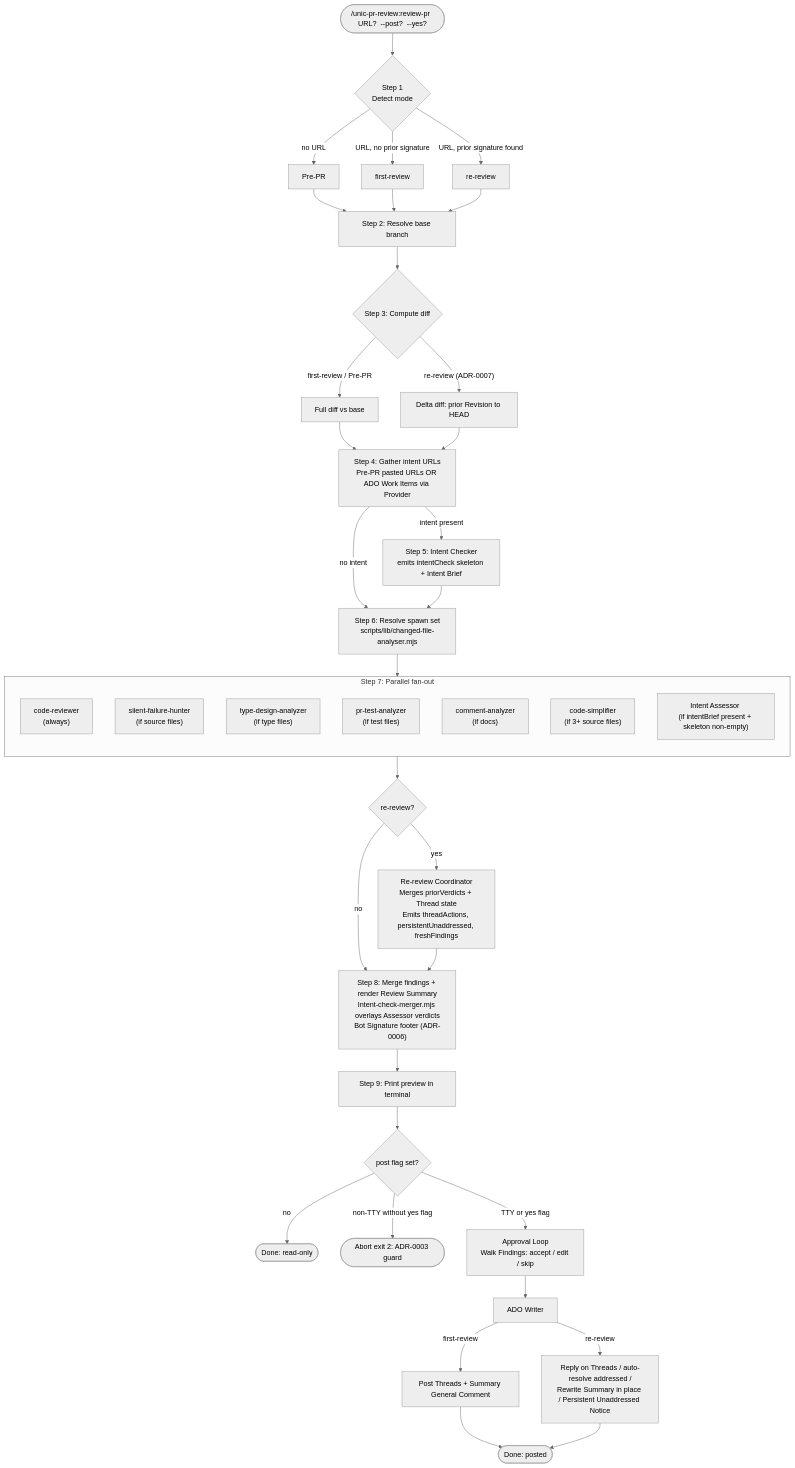
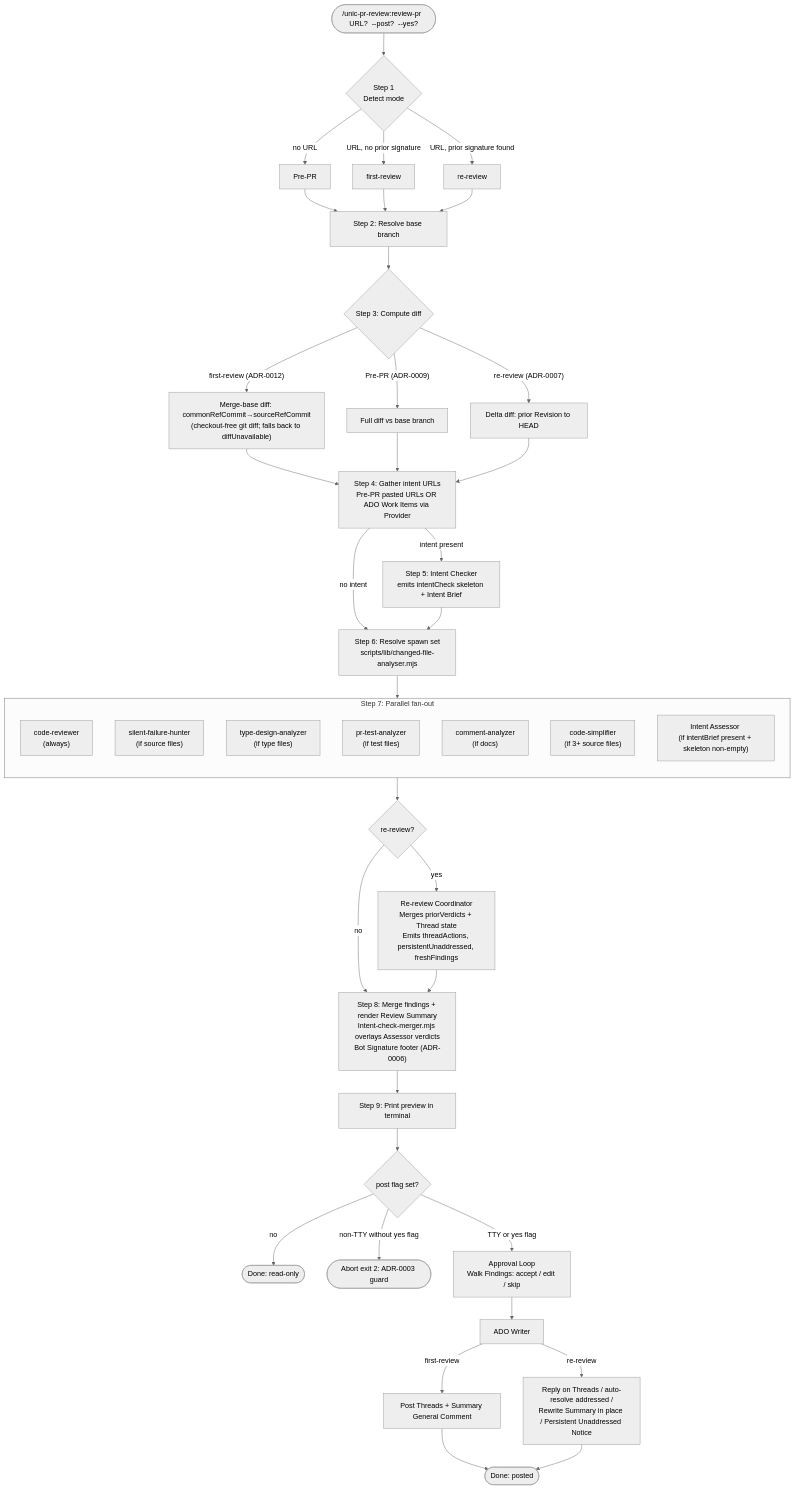
Before and after one commit to unic/unic-agents-plugins: the diagram in apps/claude-code/unic-pr-review/README.md, drawn with Mermaid (neutral theme). The commit also changed other lines of this file and 3 other files, not shown here.

````diff
--- a/apps/claude-code/unic-pr-review/README.md
+++ b/apps/claude-code/unic-pr-review/README.md
@@ -67,57 +67,59 @@
 ```mermaid
 flowchart TD
   start(["/unic-pr-review:review-pr  URL?  --post?  --yes?"])
   start --> s1{"Step 1<br/>Detect mode"}
   s1 -->|"no URL"| prepr["Pre-PR"]
   s1 -->|"URL, no prior signature"| first["first-review"]
   s1 -->|"URL, prior signature found"| rere["re-review"]
 
   prepr --> s2
   first --> s2
   rere --> s2
 
   s2["Step 2: Resolve base branch"] --> s3{"Step 3: Compute diff"}
-  s3 -->|"first-review / Pre-PR"| full["Full diff vs base"]
+  s3 -->|"first-review (ADR-0012)"| sha["Merge-base diff: commonRefCommit→sourceRefCommit<br/>(checkout-free git diff; falls back to diffUnavailable)"]
+  s3 -->|"Pre-PR (ADR-0009)"| full["Full diff vs base branch"]
   s3 -->|"re-review (ADR-0007)"| delta["Delta diff: prior Revision to HEAD"]
 
+  sha --> s4
   full --> s4
   delta --> s4
 
   s4["Step 4: Gather intent URLs<br/>Pre-PR pasted URLs OR ADO Work Items via Provider"]
   s4 -->|"intent present"| s5["Step 5: Intent Checker<br/>emits intentCheck skeleton + Intent Brief"]
   s4 -->|"no intent"| s6
   s5 --> s6
 
   s6["Step 6: Resolve spawn set<br/>scripts/lib/changed-file-analyser.mjs"]
 
   subgraph s7 ["Step 7: Parallel fan-out"]
     direction TB
     cr["code-reviewer <br>(always)"]
     sfh["silent-failure-hunter <br>(if source files)"]
     tda["type-design-analyzer <br>(if type files)"]
     pta["pr-test-analyzer <br>(if test files)"]
     cma["comment-analyzer <br>(if docs)"]
     csi["code-simplifier <br>(if 3+ source files)"]
     ia["Intent Assessor <br>(if intentBrief present + skeleton non-empty)"]
   end
   s6 --> s7
 
   s7 --> coord{"re-review?"}
   coord -->|"yes"| rrc["Re-review Coordinator<br>Merges priorVerdicts + Thread state<br>Emits threadActions, persistentUnaddressed, freshFindings"]
   coord -->|"no"| s8
   rrc --> s8
 
   s8["Step 8: Merge findings + render Review Summary<br>Intent-check-merger.mjs overlays Assessor verdicts<br>Bot Signature footer (ADR-0006)"]
   s8 --> s9["Step 9: Print preview in terminal"]
 
   s9 --> postq{"post flag set?"}
   postq -->|"no"| ok(["Done: read-only"])
   postq -->|"non-TTY without yes flag"| stop(["Abort exit 2: ADR-0003 guard"])
   postq -->|"TTY or yes flag"| loop["Approval Loop<br>Walk Findings: accept / edit / skip"]
 
   loop --> w["ADO Writer"]
   w -->|"first-review"| w1["Post Threads + Summary General Comment"]
   w -->|"re-review"| w2["Reply on Threads / auto-resolve addressed /<br>Rewrite Summary in place / Persistent Unaddressed Notice"]
   w1 --> posted(["Done: posted"])
   w2 --> posted
 ```
````
